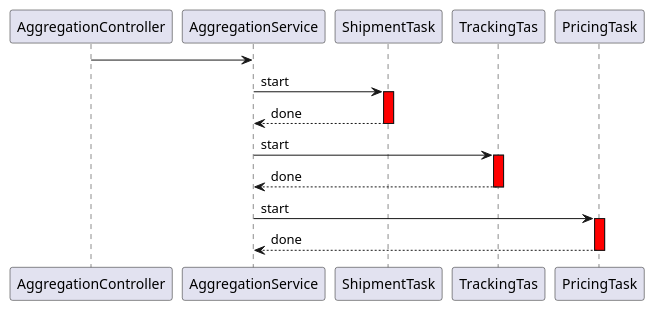
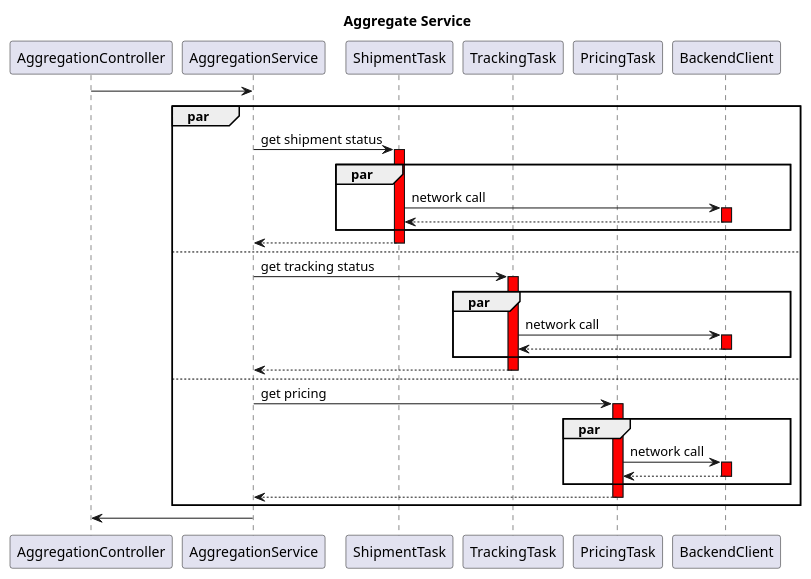
Before and after one commit to kishoredubey/aggregation: the diagram in aggregation-service/ServiceFlow.puml, drawn with PlantUML. The commit also changed 1 other file, not shown here.

```diff
--- a/aggregation-service/ServiceFlow.puml
+++ b/aggregation-service/ServiceFlow.puml
@@ -1,12 +1,37 @@
 @startuml
+title
+Aggregate Service
+end title
+
+participant AggregationController
+participant AggregationService
+participant ShipmentTask
+participant TrackingTask
+participant PricingTask
+participant BackendClient
 
 AggregationController -> AggregationService
-AggregationService -> ShipmentTask ++ #red: start
-ShipmentTask --> AggregationService --#red: done
-AggregationService -> TrackingTas ++ #red: start
-TrackingTas --> AggregationService --#red: done
-AggregationService -> PricingTask ++ #red: start
-PricingTask --> AggregationService --#red: done
-
-
+par
+    AggregationService -> ShipmentTask ++ #red: get shipment status
+    par
+        ShipmentTask -> BackendClient ++ #red: network call
+        BackendClient --> ShipmentTask -- #red:
+    end
+    ShipmentTask --> AggregationService --#red:
+    else
+    AggregationService -> TrackingTask ++ #red: get tracking status
+    par
+        TrackingTask -> BackendClient ++ #red: network call
+        BackendClient --> TrackingTask -- #red:
+    end
+    TrackingTask --> AggregationService --#red:
+    else
+    AggregationService -> PricingTask ++ #red: get pricing
+    par
+        PricingTask -> BackendClient ++ #red: network call
+        BackendClient --> PricingTask -- #red:
+    end
+    PricingTask --> AggregationService --#red:
+end
+AggregationService -> AggregationController
 @enduml
```
